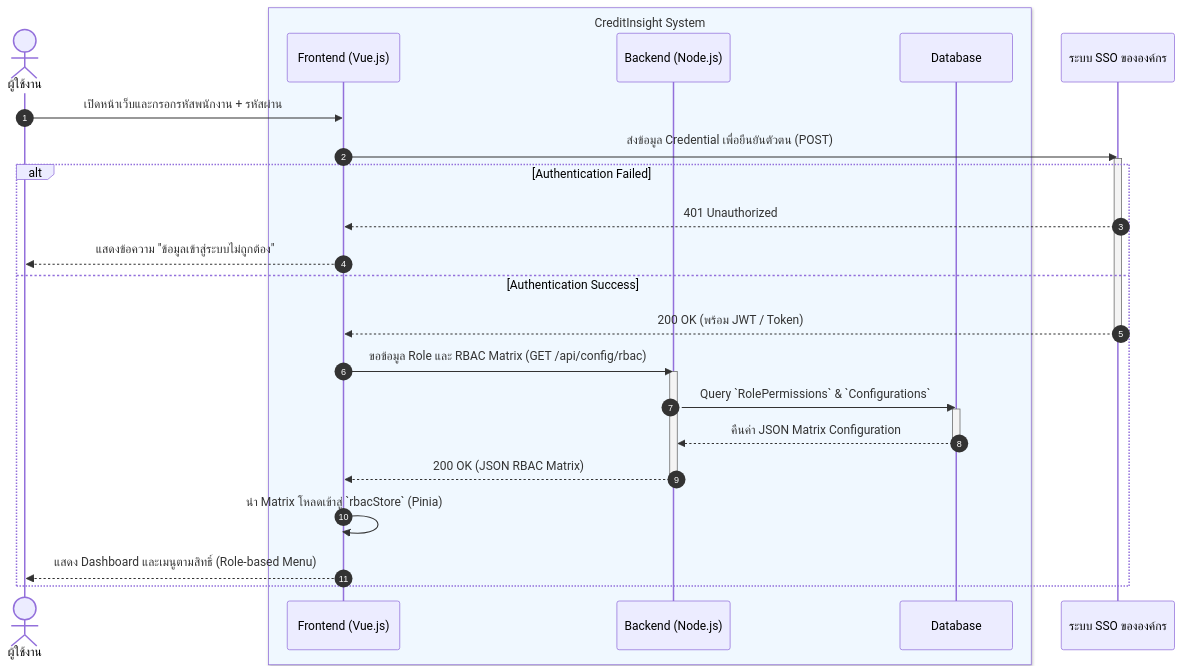
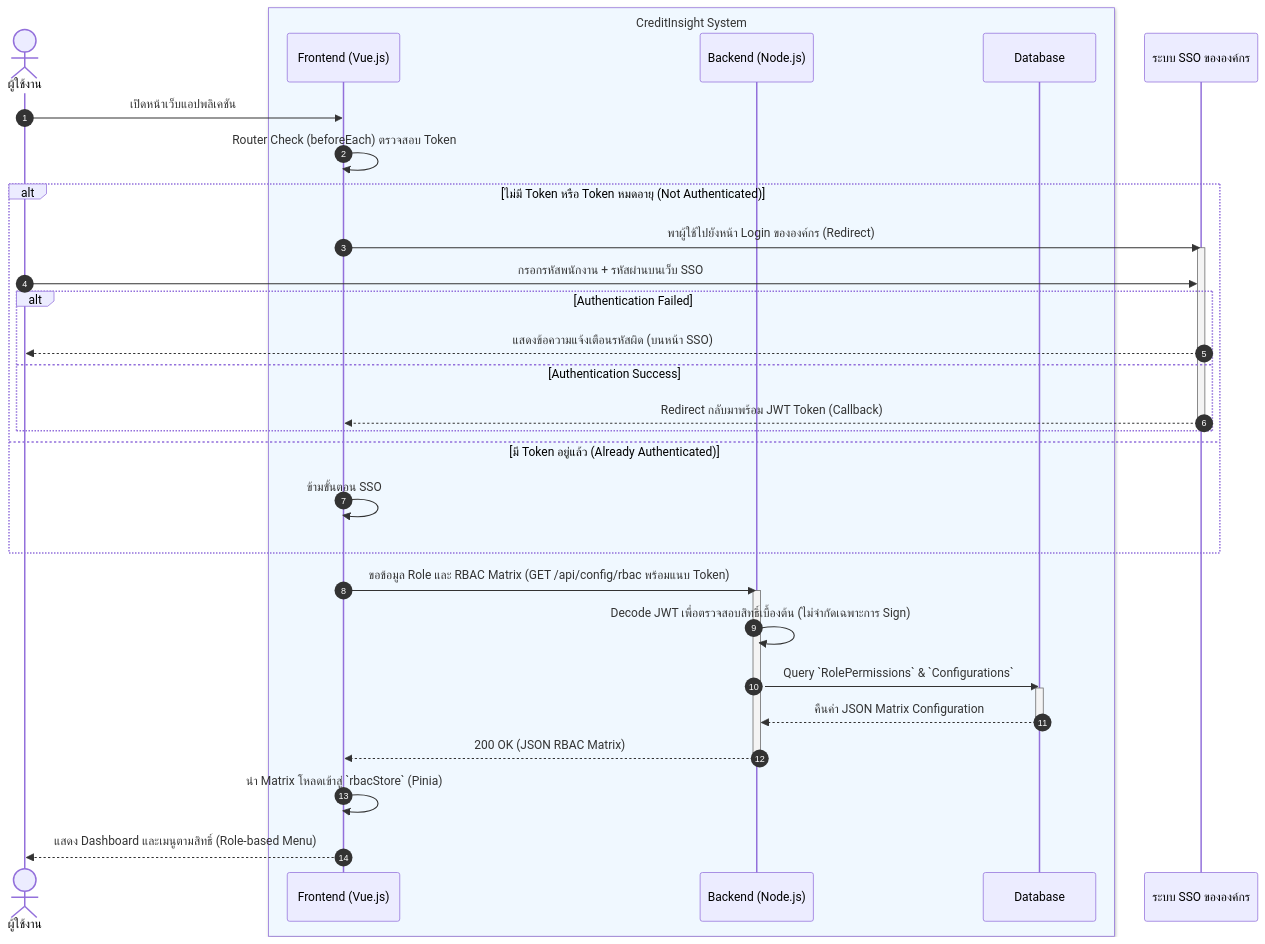
One commit to JinnawatJid/iNsightDocs changed the first of 3 diagrams in docs/presentations/sequence_diagram.md. Above: the diagram before and after it, drawn with Mermaid. The commit also changed 1 other file, not shown here.

Commit message:
docs: fix authentication flow in UML documents
- Updated UC1.1 in `use_case_specification.md` to indicate that the frontend checks for a local token before redirecting to SSO.
- Updated the Authentication Flow in `sequence_diagram.md` to include an `alt` fragment representing the `router.beforeEach` check.
- These changes align the documentation precisely with the implemented frontend Vue router logic.

````diff
--- a/docs/presentations/sequence_diagram.md
+++ b/docs/presentations/sequence_diagram.md
@@ -19,37 +19,46 @@
 ```mermaid
 sequenceDiagram
     autonumber
     actor User as ผู้ใช้งาน
 
     box rgb(240, 248, 255) CreditInsight System
         participant Vue as Frontend (Vue.js)
         participant API as Backend (Node.js)
         participant DB as Database
     end
 
     participant SSO as ระบบ SSO ขององค์กร
 
-    User->>Vue: เปิดหน้าเว็บและกรอกรหัสพนักงาน + รหัสผ่าน
-    Vue->>SSO: ส่งข้อมูล Credential เพื่อยืนยันตัวตน (POST)
-    activate SSO
+    User->>Vue: เปิดหน้าเว็บแอปพลิเคชัน
+    Vue->>Vue: Router Check (beforeEach) ตรวจสอบ Token
 
-    alt Authentication Failed
-        SSO-->>Vue: 401 Unauthorized
-        Vue-->>User: แสดงข้อความ "ข้อมูลเข้าสู่ระบบไม่ถูกต้อง"
-    else Authentication Success
-        SSO-->>Vue: 200 OK (พร้อม JWT / Token)
-        deactivate SSO
+    alt ไม่มี Token หรือ Token หมดอายุ (Not Authenticated)
+        Vue->>SSO: พาผู้ใช้ไปยังหน้า Login ขององค์กร (Redirect)
+        activate SSO
 
-        Vue->>API: ขอข้อมูล Role และ RBAC Matrix (GET /api/config/rbac)
-        activate API
-        API->>DB: Query `RolePermissions` & `Configurations`
-        activate DB
-        DB-->>API: คืนค่า JSON Matrix Configuration
-        deactivate DB
-        API-->>Vue: 200 OK (JSON RBAC Matrix)
-        deactivate API
+        User->>SSO: กรอกรหัสพนักงาน + รหัสผ่านบนเว็บ SSO
 
-        Vue->>Vue: นำ Matrix โหลดเข้าสู่ `rbacStore` (Pinia)
-        Vue-->>User: แสดง Dashboard และเมนูตามสิทธิ์ (Role-based Menu)
+        alt Authentication Failed
+            SSO-->>User: แสดงข้อความแจ้งเตือนรหัสผิด (บนหน้า SSO)
+        else Authentication Success
+            SSO-->>Vue: Redirect กลับมาพร้อม JWT Token (Callback)
+            deactivate SSO
+        end
+    else มี Token อยู่แล้ว (Already Authenticated)
+        Vue->>Vue: ข้ามขั้นตอน SSO
     end
+
+    %% Proceed to RBAC Loading regardless of whether token came from SSO or cache
+    Vue->>API: ขอข้อมูล Role และ RBAC Matrix (GET /api/config/rbac พร้อมแนบ Token)
+    activate API
+    API->>API: Decode JWT เพื่อตรวจสอบสิทธิ์เบื้องต้น (ไม่จำกัดเฉพาะการ Sign)
+    API->>DB: Query `RolePermissions` & `Configurations`
+    activate DB
+    DB-->>API: คืนค่า JSON Matrix Configuration
+    deactivate DB
+    API-->>Vue: 200 OK (JSON RBAC Matrix)
+    deactivate API
+
+    Vue->>Vue: นำ Matrix โหลดเข้าสู่ `rbacStore` (Pinia)
+    Vue-->>User: แสดง Dashboard และเมนูตามสิทธิ์ (Role-based Menu)
 ```
````
